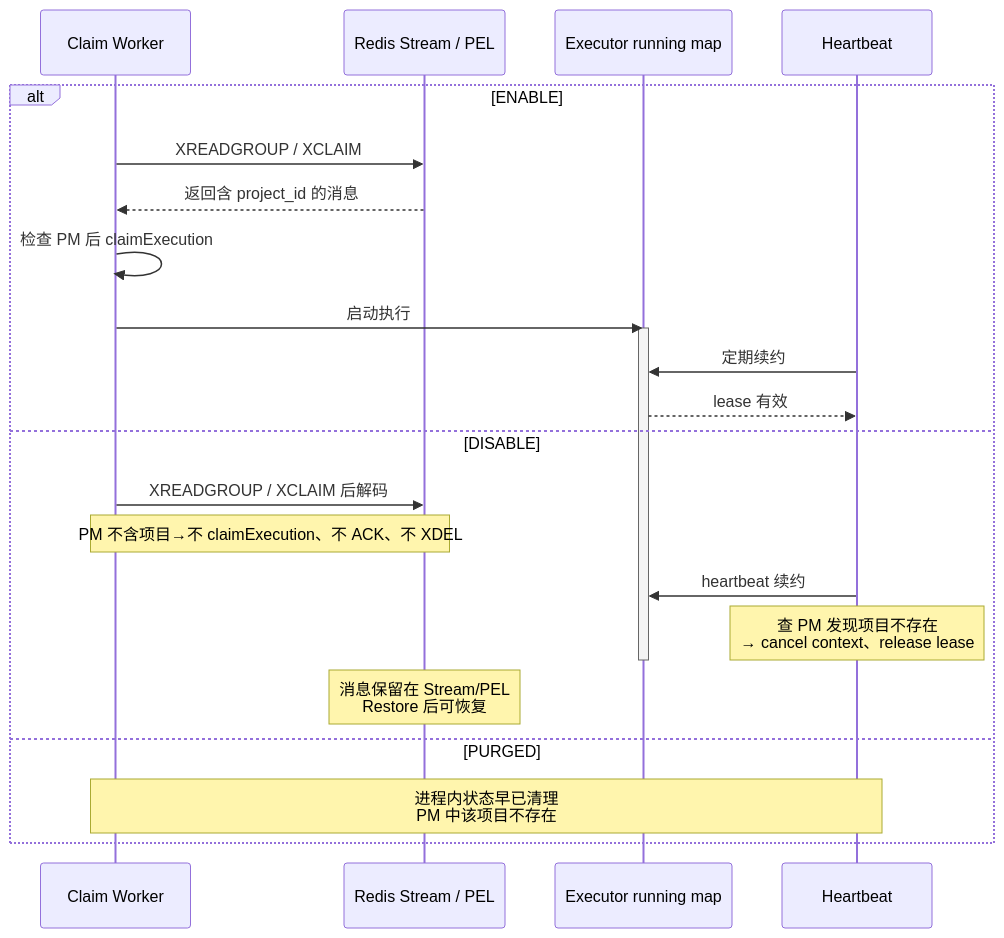
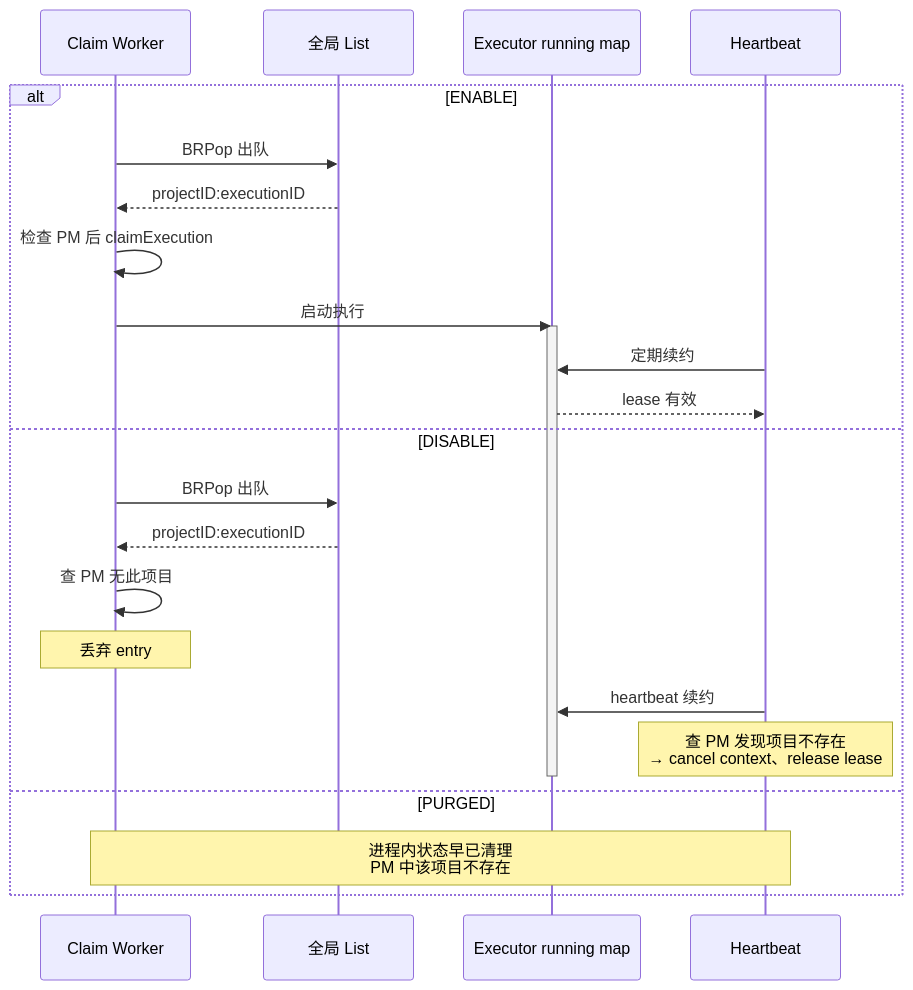
One commit to qinwenshiCH/workflow changed diagram 12 of 21 in specs/20260716-Wave-Refac-OrganizationProjectLifecycle/04-detail.md. Above: the diagram before and after it, drawn with Mermaid. The commit also changed other lines of this file and 2 other files, not shown here.

First line of the commit message:
fix: 按实际代码修正全部组件的生命周期文档 — 资源台账/生命周期图/流量变化图/PM改动

````diff
--- a/specs/20260716-Wave-Refac-OrganizationProjectLifecycle/04-detail.md
+++ b/specs/20260716-Wave-Refac-OrganizationProjectLifecycle/04-detail.md
@@ -703,26 +741,27 @@
 ```mermaid
 sequenceDiagram
     participant W as Claim Worker
-    participant S as Redis Stream / PEL
+    participant Q as 全局 List
     participant E as Executor running map
     participant H as Heartbeat
 
     alt ENABLE
-        W->>S: XREADGROUP / XCLAIM
-        S-->>W: 返回含 project_id 的消息
+        W->>Q: BRPop 出队
+        Q-->>W: projectID:executionID
         W->>W: 检查 PM 后 claimExecution
         W->>E: 启动执行
         activate E
         H->>E: 定期续约
         E-->>H: lease 有效
     else DISABLE
-        W->>S: XREADGROUP / XCLAIM 后解码
-        Note over W,S: PM 不含项目→不 claimExecution、不 ACK、不 XDEL
+        W->>Q: BRPop 出队
+        Q-->>W: projectID:executionID
+        W->>W: 查 PM 无此项目
+        Note over W: 丢弃 entry
         H->>E: heartbeat 续约
         Note over H: 查 PM 发现项目不存在<br/>→ cancel context、release lease
         deactivate E
-        Note over S: 消息保留在 Stream/PEL<br/>Restore 后可恢复
     else PURGED
         Note over W,H: 进程内状态早已清理<br/>PM 中该项目不存在
     end
 ```
````
